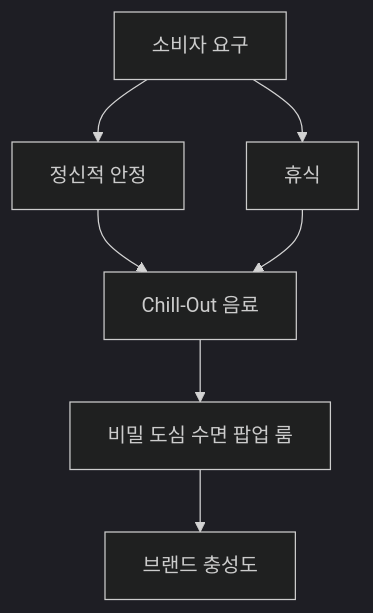
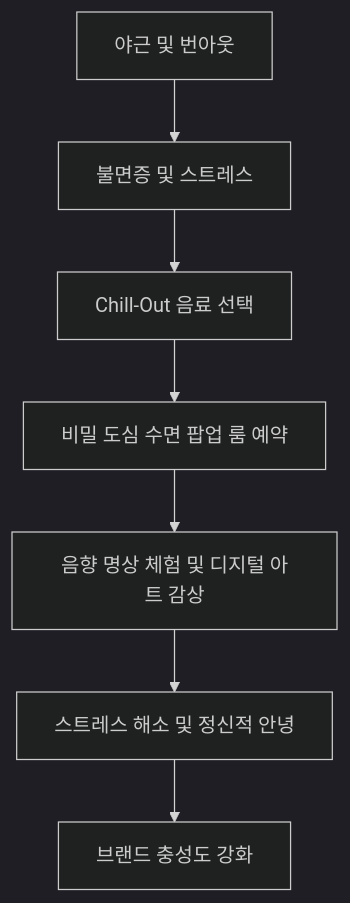
The first of 7 diagrams in reports/칠아웃_하이엔드_스파_메타포_시뮬레이션.md (meandfree23/cd_planner), drawn with Mermaid (dark theme) before and after one commit. The commit also changed other lines of this file and 2 other files, not shown here.

Commit message:
Update Chill-Out simulation report with 4-part dense slide format

````diff
--- a/reports/칠아웃_하이엔드_스파_메타포_시뮬레이션.md
+++ b/reports/칠아웃_하이엔드_스파_메타포_시뮬레이션.md
@@ -59,9 +101,9 @@
 ```mermaid
 graph TD;
-    A[소비자 요구] --> B[정신적 안정]
-    A --> C[휴식]
-    B --> D[Chill-Out 음료]
-    C --> D
-    D --> E[비밀 도심 수면 팝업 룸]
-    E --> F[브랜드 충성도]
+    A[야근 및 번아웃] --> B[불면증 및 스트레스]
+    B --> C[Chill-Out 음료 선택]
+    C --> D[비밀 도심 수면 팝업 룸 예약]
+    D --> E[음향 명상 체험 및 디지털 아트 감상]
+    E --> F[스트레스 해소 및 정신적 안녕]
+    F --> G[브랜드 충성도 강화]
 ```
````
